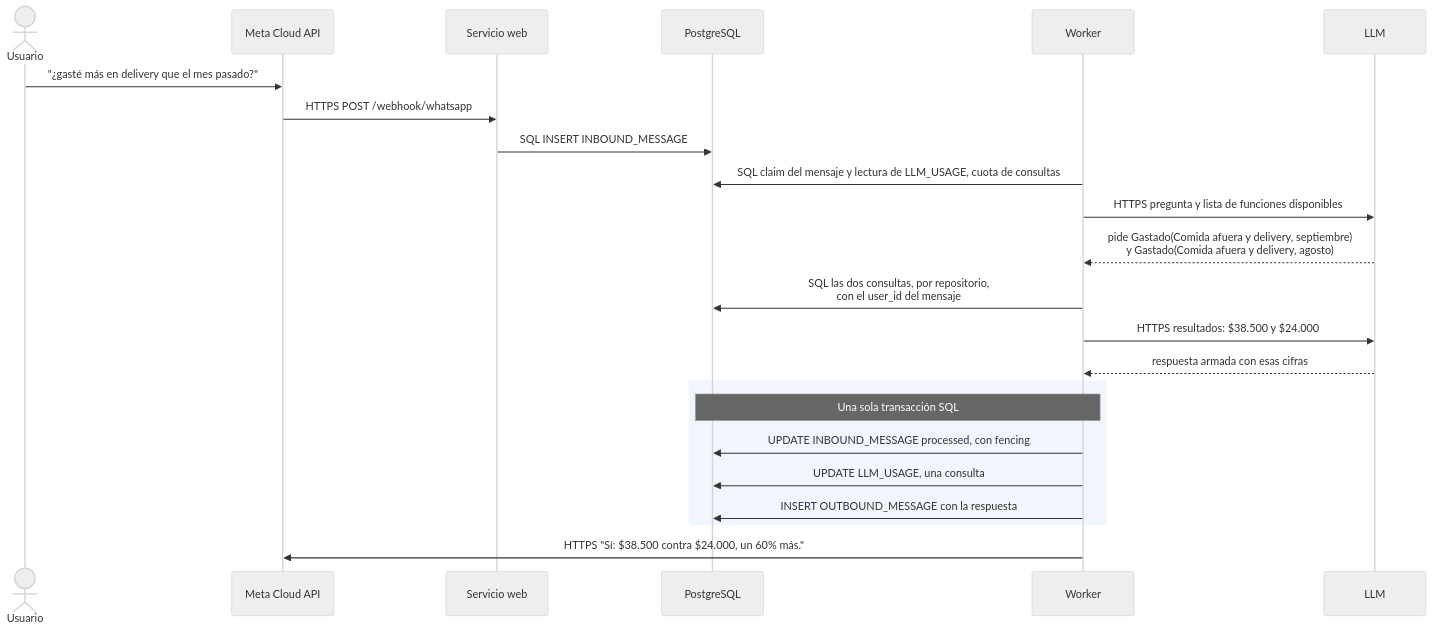
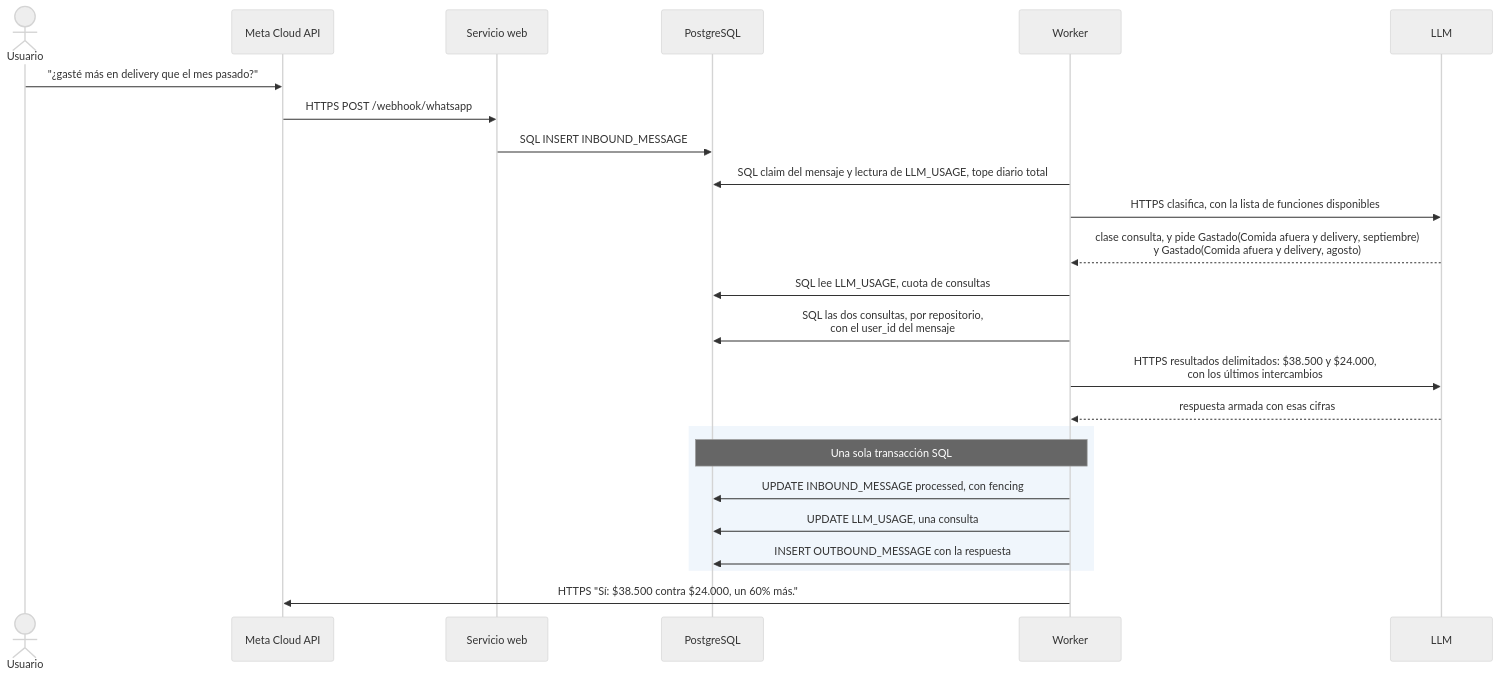
Before and after one commit to verozacarias-prog/AI4Devs-finalproject: diagram 12 of 12 in docs/recorrido-completo.md, drawn with Mermaid (neutral theme). The commit also changed other lines of this file and 25 other files, not shown here.

````diff
--- a/docs/recorrido-completo.md
+++ b/docs/recorrido-completo.md
@@ -464,26 +523,27 @@
 ```mermaid
 sequenceDiagram
     actor U as Usuario
     participant M as Meta Cloud API
     participant API as Servicio web
     participant DB as PostgreSQL
     participant W as Worker
     participant L as LLM
 
     U->>M: "¿gasté más en delivery que el mes pasado?"
     M->>API: HTTPS POST /webhook/whatsapp
     API->>DB: SQL INSERT INBOUND_MESSAGE
-    W->>DB: SQL claim del mensaje y lectura de LLM_USAGE, cuota de consultas
-    W->>L: HTTPS pregunta y lista de funciones disponibles
-    L-->>W: pide Gastado(Comida afuera y delivery, septiembre)<br/>y Gastado(Comida afuera y delivery, agosto)
+    W->>DB: SQL claim del mensaje y lectura de LLM_USAGE, tope diario total
+    W->>L: HTTPS clasifica, con la lista de funciones disponibles
+    L-->>W: clase consulta, y pide Gastado(Comida afuera y delivery, septiembre)<br/>y Gastado(Comida afuera y delivery, agosto)
+    W->>DB: SQL lee LLM_USAGE, cuota de consultas
     W->>DB: SQL las dos consultas, por repositorio,<br/>con el user_id del mensaje
-    W->>L: HTTPS resultados: $38.500 y $24.000
+    W->>L: HTTPS resultados delimitados: $38.500 y $24.000,<br/>con los últimos intercambios
     L-->>W: respuesta armada con esas cifras
     rect rgb(240, 246, 252)
         Note over W,DB: Una sola transacción SQL
         W->>DB: UPDATE INBOUND_MESSAGE processed, con fencing
         W->>DB: UPDATE LLM_USAGE, una consulta
         W->>DB: INSERT OUTBOUND_MESSAGE con la respuesta
     end
     W->>M: HTTPS "Sí: $38.500 contra $24.000, un 60% más."
 ```
````
